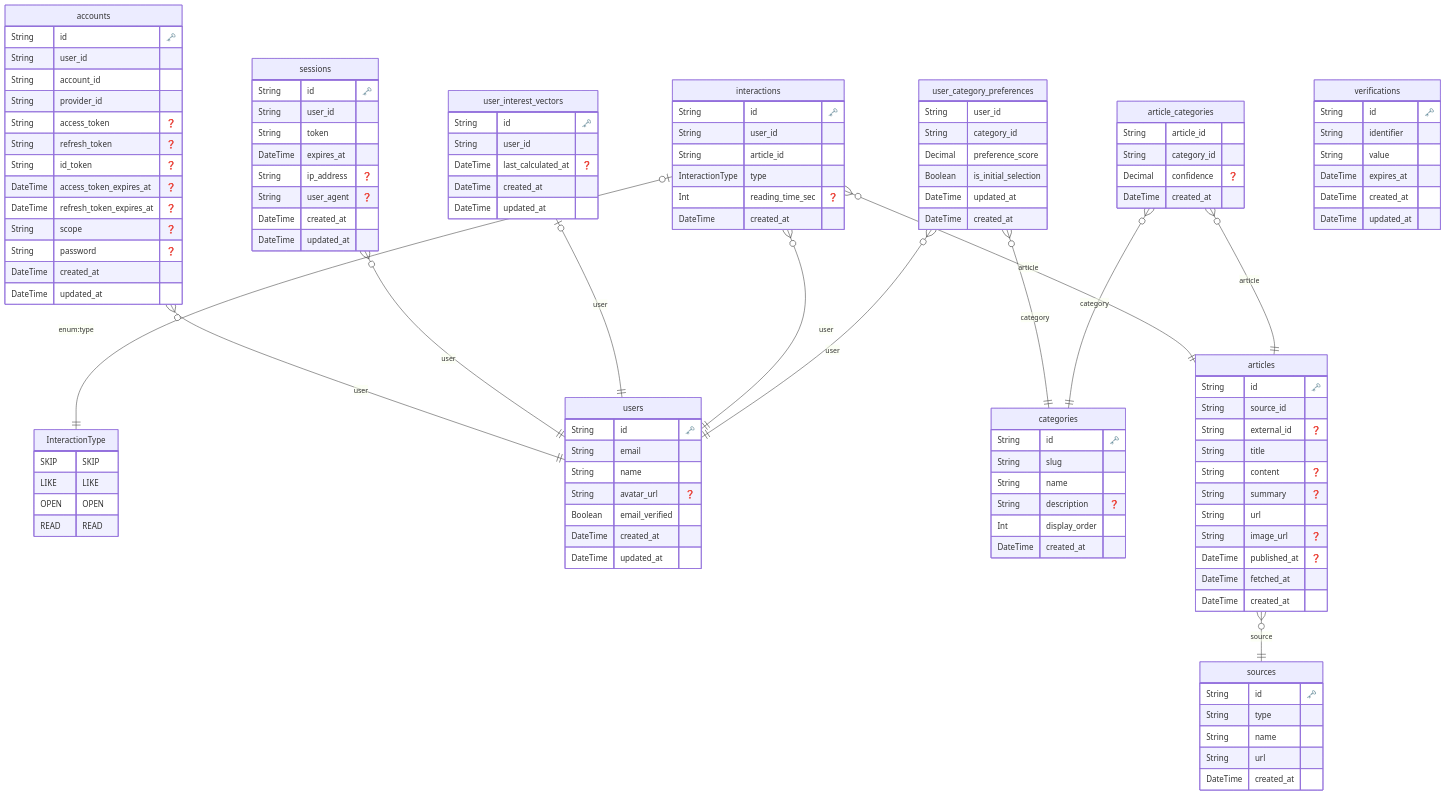
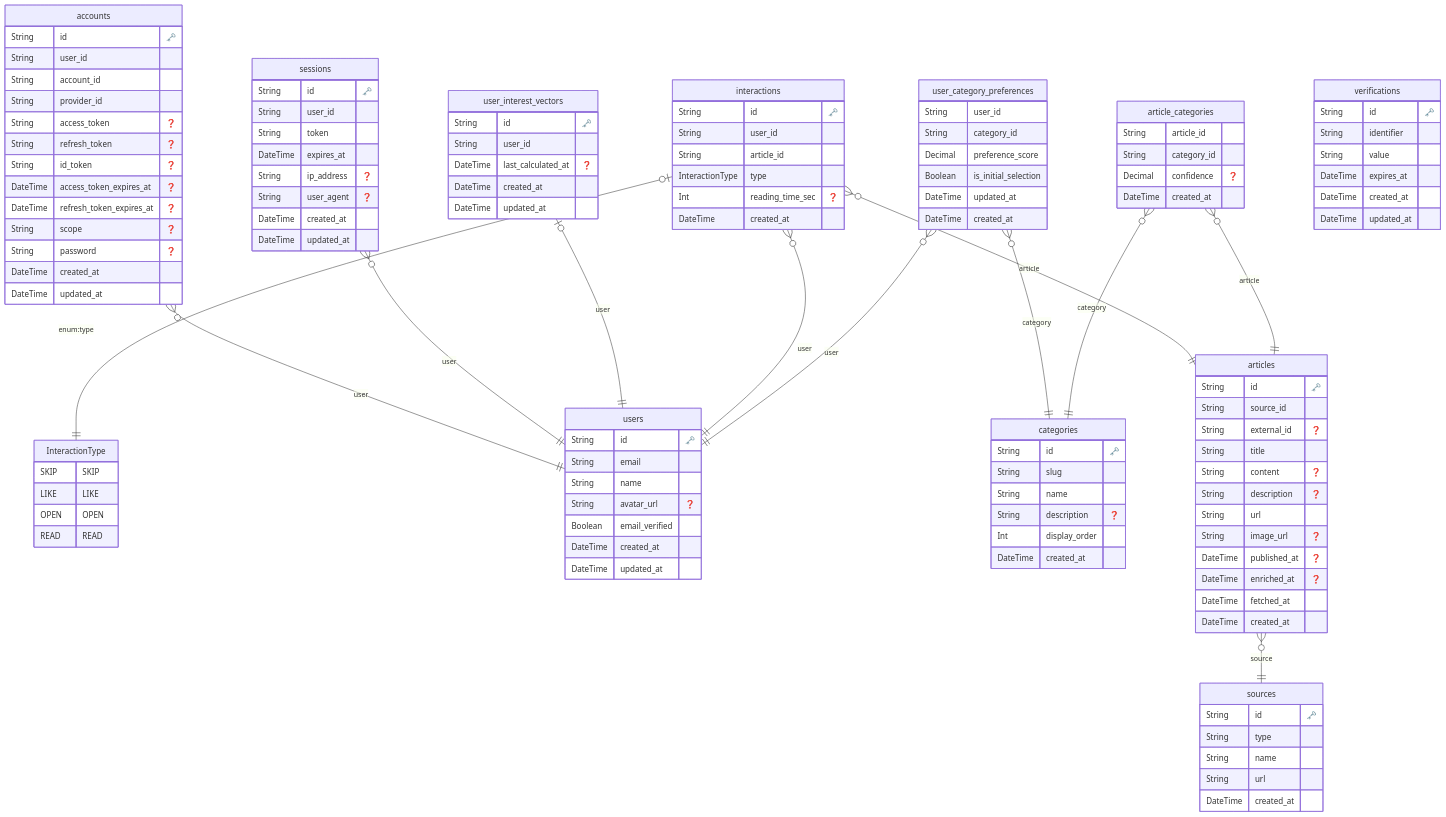
The diagram in apps/packages/database/docs/erd.md (axelaspor2/curio), drawn with Mermaid before and after one commit. The commit also changed 2 other files, not shown here.

Commit message:
feat(db): summaryをdescription+enrichedAtに置換するスキーマ変更
RSSフィードのdescriptionとエンリッチメント完了タイムスタンプを
管理するため、Articleモデルのsummaryカラムを削除し、
description・enrichedAtカラムを追加。
マイグレーションで既存データのバックフィルも実施。

```diff
--- a/apps/packages/database/docs/erd.md
+++ b/apps/packages/database/docs/erd.md
@@ -44,10 +44,11 @@
     String external_id "❓"
     String title 
     String content "❓"
-    String summary "❓"
+    String description "❓"
     String url 
     String image_url "❓"
     DateTime published_at "❓"
+    DateTime enriched_at "❓"
     DateTime fetched_at 
     DateTime created_at 
     }
```
